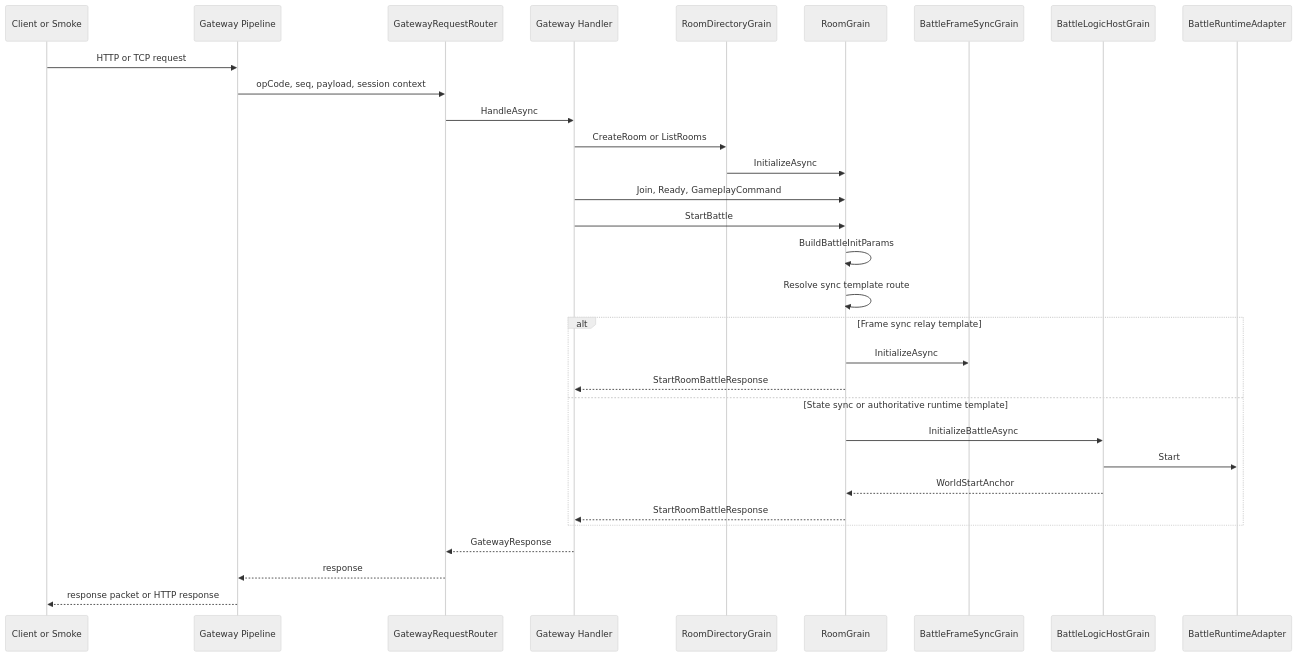
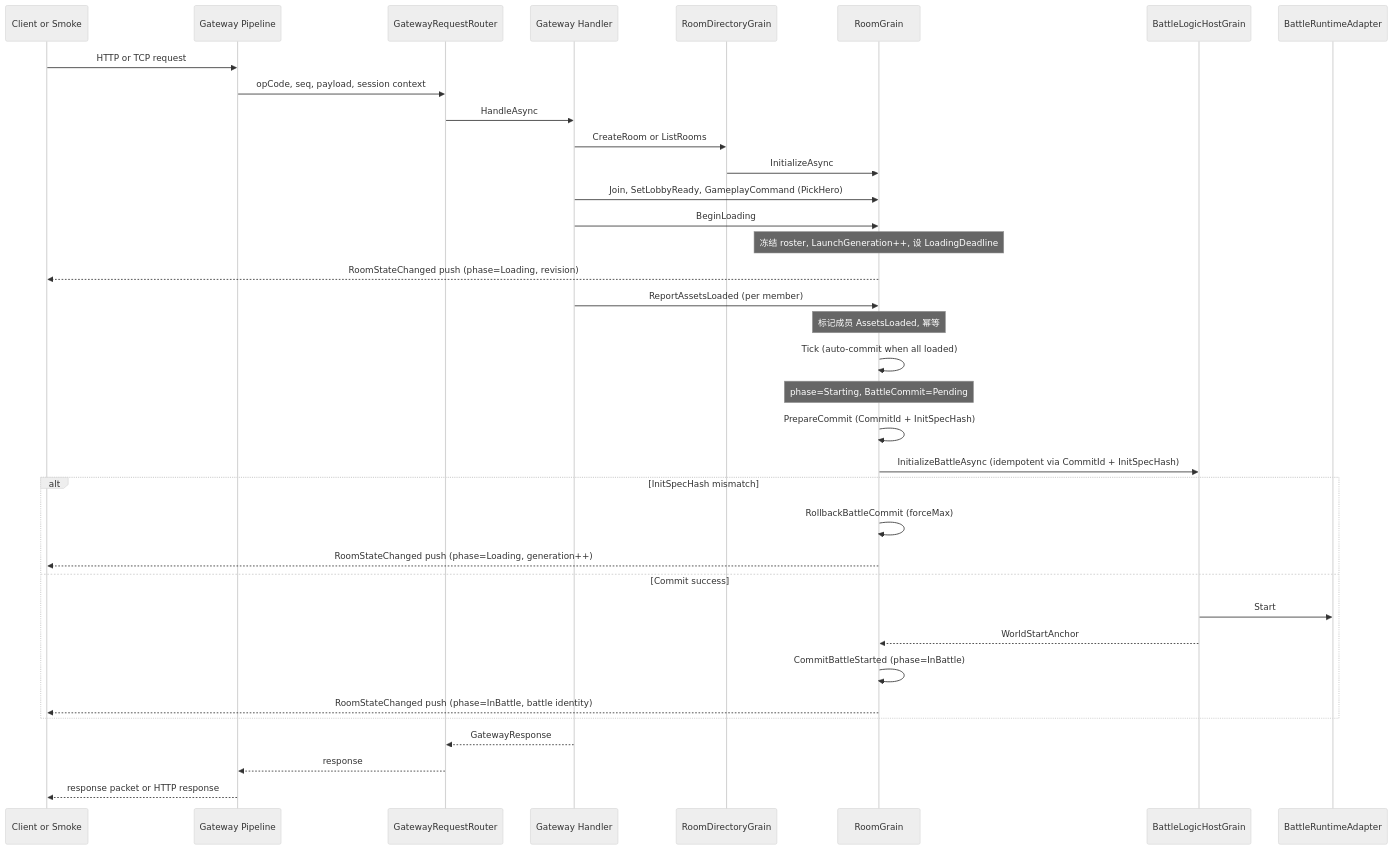
One commit to Kurumioi/AbilityKit changed the first of 4 diagrams in Docs/design/12-ServerArchitecture/02-GatewayRoomBattleFlow.md. Above: the diagram before and after it, drawn with Mermaid (neutral theme). The commit also changed other lines of this file and 881 other files, not shown here.

````diff
--- a/Docs/design/12-ServerArchitecture/02-GatewayRoomBattleFlow.md
+++ b/Docs/design/12-ServerArchitecture/02-GatewayRoomBattleFlow.md
@@ -29,34 +39,39 @@
 ```mermaid
 sequenceDiagram
     participant Client as Client or Smoke
     participant Gateway as Gateway Pipeline
     participant Router as GatewayRequestRouter
     participant Handler as Gateway Handler
     participant Directory as RoomDirectoryGrain
     participant Room as RoomGrain
-    participant Frame as BattleFrameSyncGrain
     participant Battle as BattleLogicHostGrain
     participant Runtime as BattleRuntimeAdapter
 
     Client->>Gateway: HTTP or TCP request
     Gateway->>Router: opCode, seq, payload, session context
     Router->>Handler: HandleAsync
     Handler->>Directory: CreateRoom or ListRooms
     Directory->>Room: InitializeAsync
-    Handler->>Room: Join, Ready, GameplayCommand
-    Handler->>Room: StartBattle
-    Room->>Room: BuildBattleInitParams
-    Room->>Room: Resolve sync template route
-    alt Frame sync relay template
-        Room->>Frame: InitializeAsync
-        Room-->>Handler: StartRoomBattleResponse
-    else State sync or authoritative runtime template
-        Room->>Battle: InitializeBattleAsync
+    Handler->>Room: Join, SetLobbyReady, GameplayCommand (PickHero)
+    Handler->>Room: BeginLoading
+    Note over Room: 冻结 roster, LaunchGeneration++, 设 LoadingDeadline
+    Room-->>Client: RoomStateChanged push (phase=Loading, revision)
+    Handler->>Room: ReportAssetsLoaded (per member)
+    Note over Room: 标记成员 AssetsLoaded, 幂等
+    Room->>Room: Tick (auto-commit when all loaded)
+    Note over Room: phase=Starting, BattleCommit=Pending
+    Room->>Room: PrepareCommit (CommitId + InitSpecHash)
+    Room->>Battle: InitializeBattleAsync (idempotent via CommitId + InitSpecHash)
+    alt InitSpecHash mismatch
+        Room->>Room: RollbackBattleCommit (forceMax)
+        Room-->>Client: RoomStateChanged push (phase=Loading, generation++)
+    else Commit success
         Battle->>Runtime: Start
         Battle-->>Room: WorldStartAnchor
-        Room-->>Handler: StartRoomBattleResponse
+        Room->>Room: CommitBattleStarted (phase=InBattle)
+        Room-->>Client: RoomStateChanged push (phase=InBattle, battle identity)
     end
     Handler-->>Router: GatewayResponse
     Router-->>Gateway: response
     Gateway-->>Client: response packet or HTTP response
 ```
````
